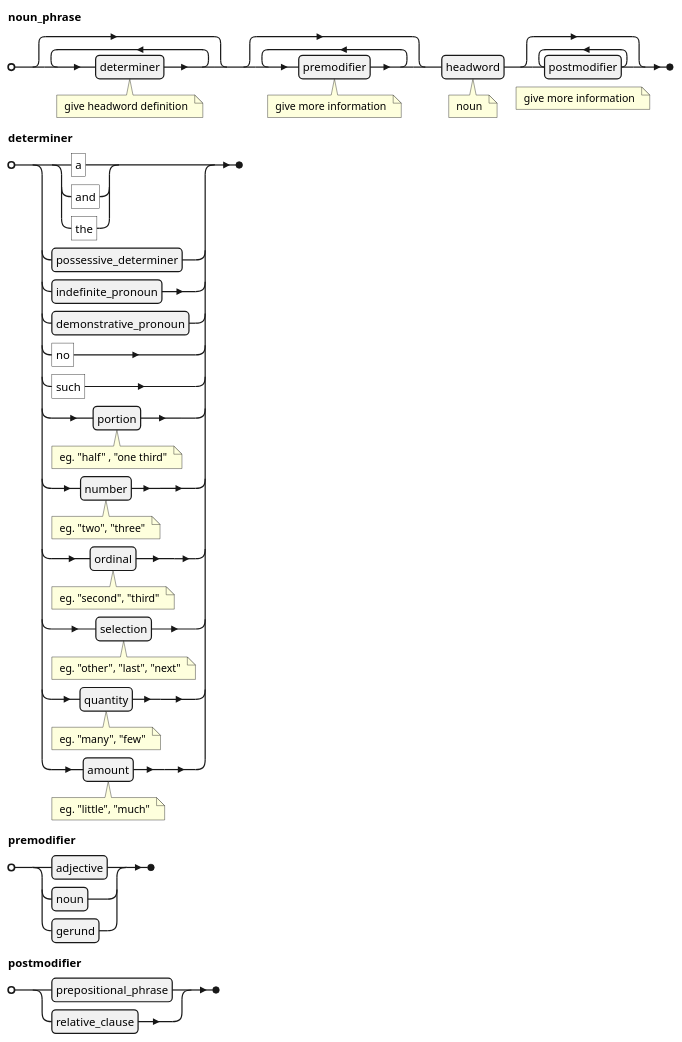
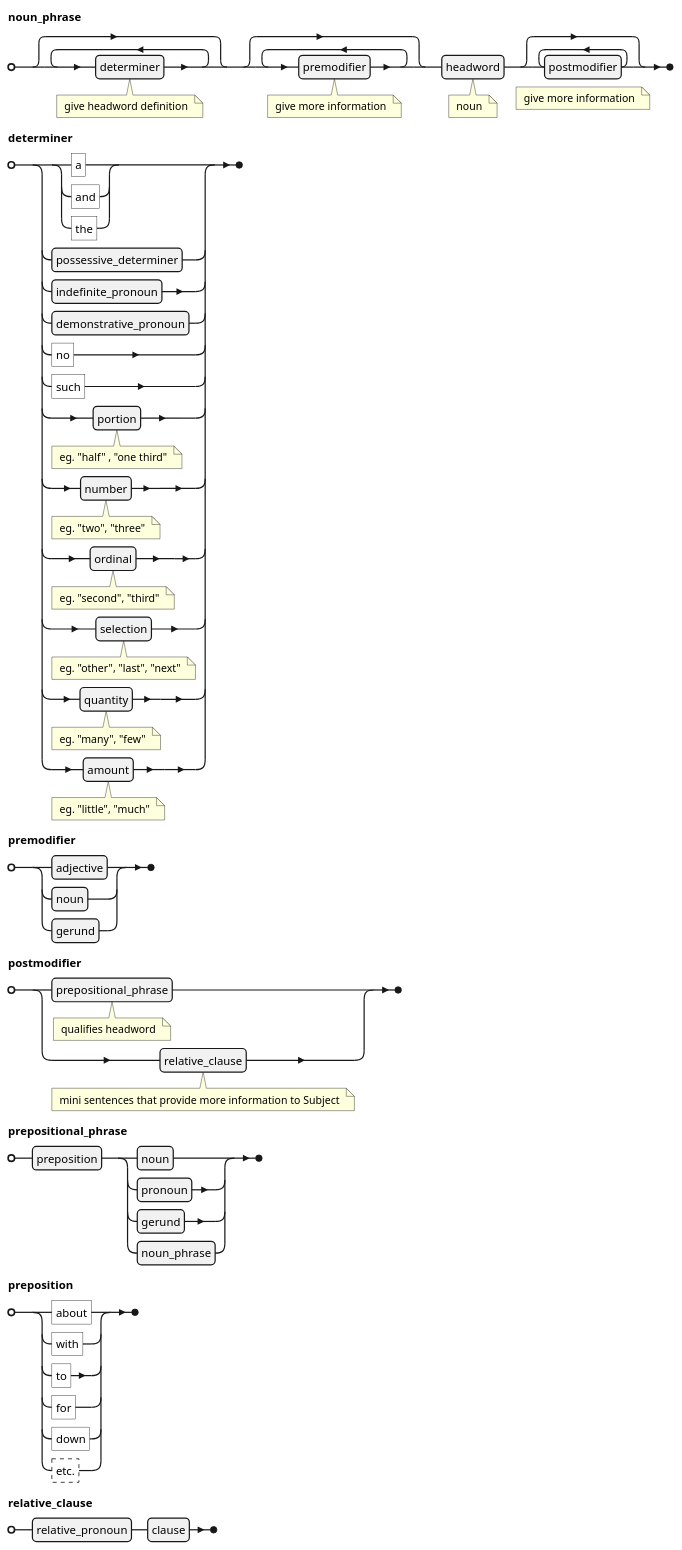
The tenth of 11 diagrams in content/en/docs/Reference/english.md (ChristineTham/buddhavacana), drawn with PlantUML before and after one commit. The commit also changed other lines of this file, not shown here.

````diff
--- a/content/en/docs/Reference/english.md
+++ b/content/en/docs/Reference/english.md
@@ -190,22 +195,26 @@
 ```plantuml
 @startebnf
 noun_phrase = {determiner (* give headword definition *)} ,
   {premodifier (* give more information *)} ,
   headword (* noun *) ,
   {postmodifier} (* give more information *) ;
 determiner = ("a" | "and" | "the") |
   possessive_determiner |
   indefinite_pronoun |
   demonstrative_pronoun |
   "no" |
   "such" |
   portion (* eg. "half" , "one third" *) |
   number (* eg. "two", "three" *) |
   ordinal (* eg. "second", "third" *) |
   selection (* eg. "other", "last", "next" *) |
   quantity (* eg. "many", "few" *) |
   amount (* eg. "little", "much" *) ;
 premodifier = adjective | noun | gerund ;
-postmodifier = prepositional_phrase | relative_clause;
+postmodifier = prepositional_phrase (* qualifies headword *) |
+  relative_clause (* mini sentences that provide more information to Subject *) ;
+prepositional_phrase = preposition , (noun | pronoun | gerund | noun_phrase) ;
+preposition = "about" | "with" | "to" | "for" | "down" | ?etc.? ;
+relative_clause = relative_pronoun , clause ;
 @endebnf
 ```
````
